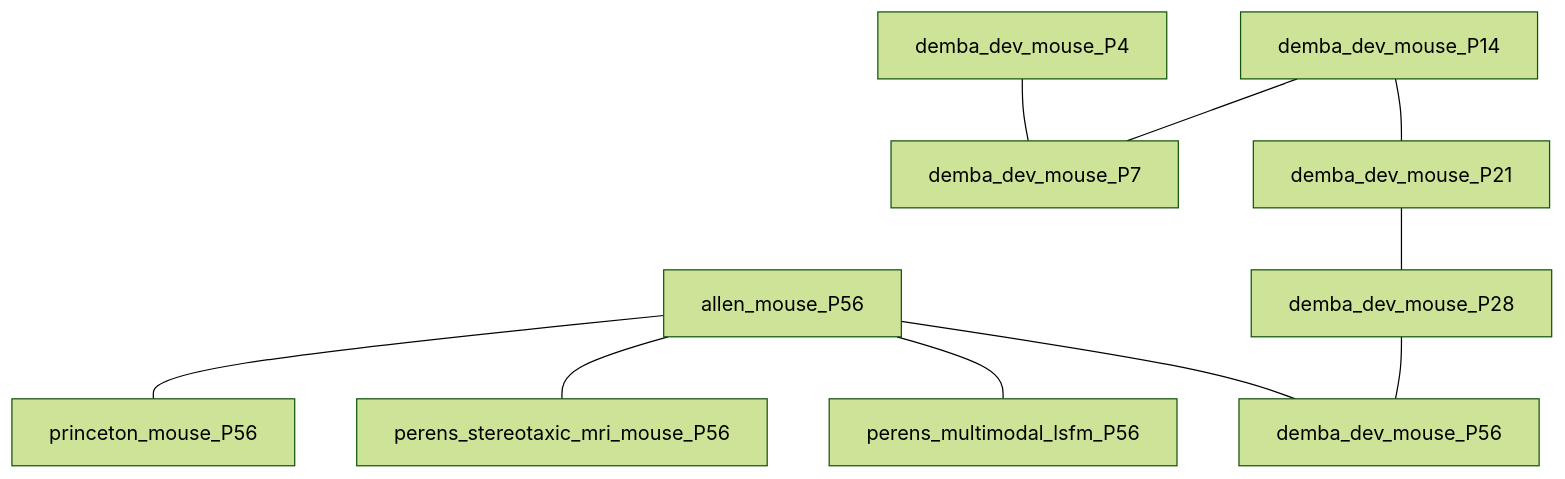
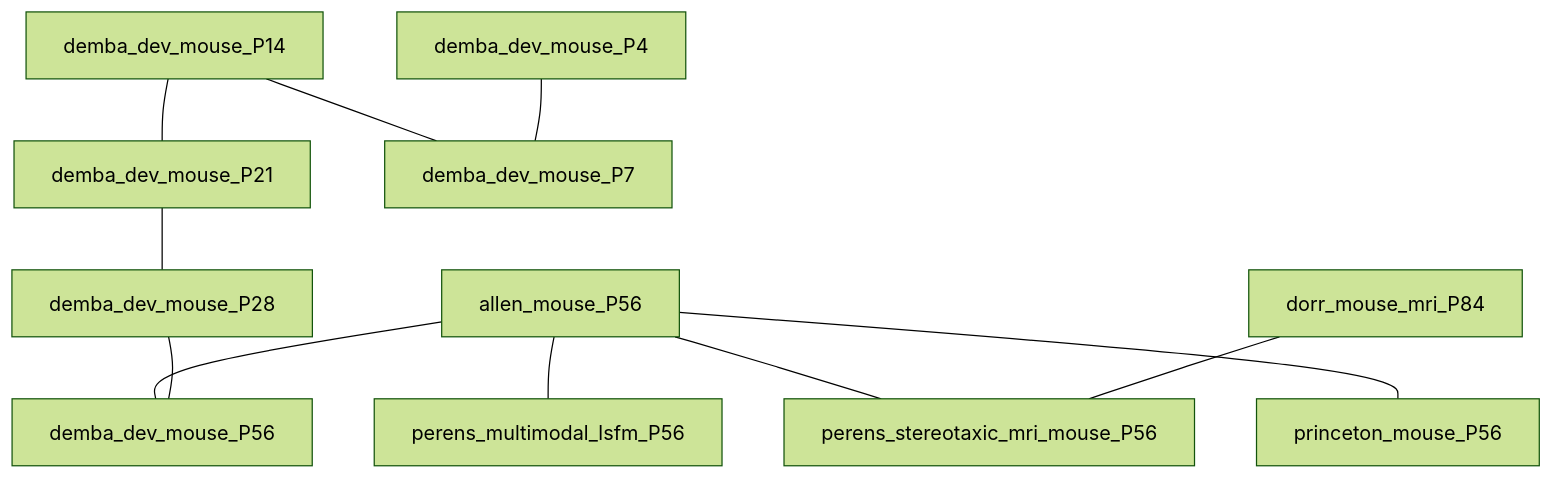
Before and after one commit to brainglobe/brainglobe-ccf-translator: the diagram in README.md, drawn with Mermaid (forest theme). The commit also changed other lines of this file and 54 other files, not shown here.

````diff
--- a/README.md
+++ b/README.md
@@ -11,12 +11,13 @@
 ```mermaid
 graph TD
     allen_mouse_P56 --- demba_dev_mouse_P56
     allen_mouse_P56 --- perens_multimodal_lsfm_P56
     allen_mouse_P56 --- perens_stereotaxic_mri_mouse_P56
     allen_mouse_P56 --- princeton_mouse_P56
     demba_dev_mouse_P14 --- demba_dev_mouse_P21
     demba_dev_mouse_P14 --- demba_dev_mouse_P7
     demba_dev_mouse_P21 --- demba_dev_mouse_P28
     demba_dev_mouse_P28 --- demba_dev_mouse_P56
     demba_dev_mouse_P4 --- demba_dev_mouse_P7
+    dorr_mouse_mri_P84 --- perens_stereotaxic_mri_mouse_P56
 ```
````
